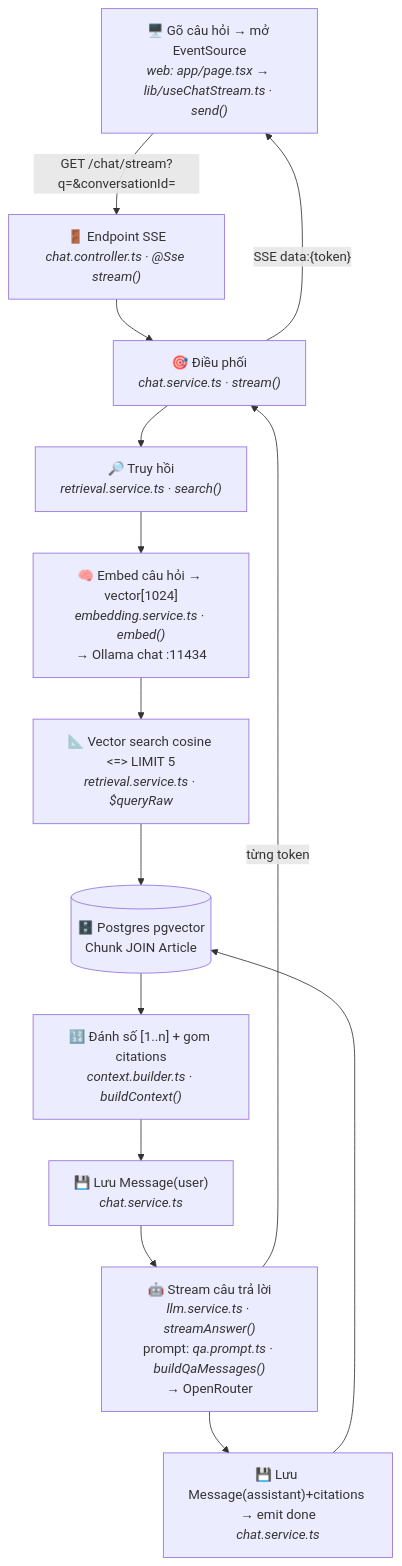
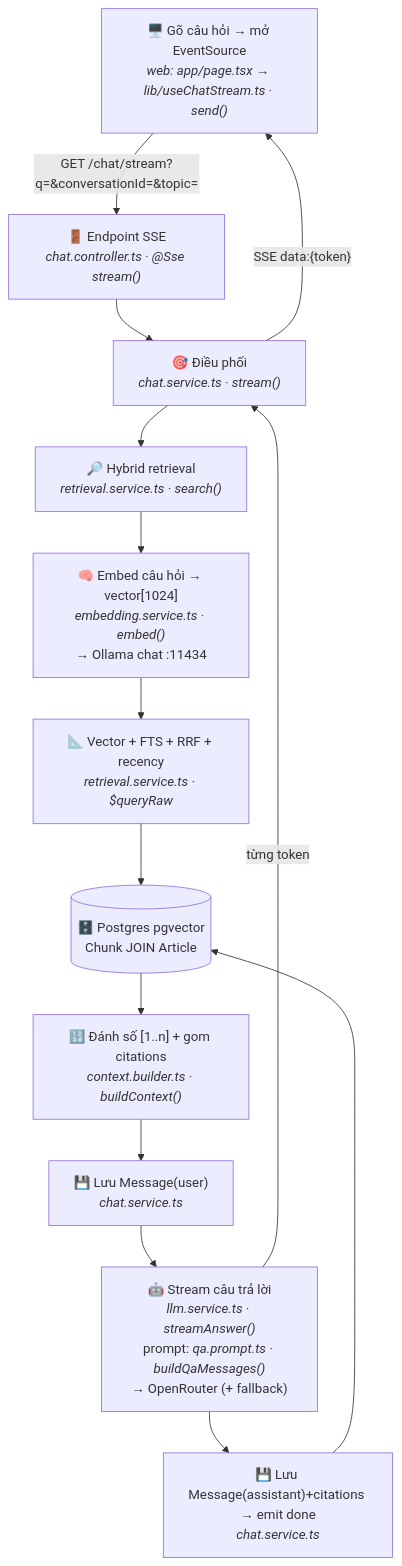
One commit to NguyenDinhNam28803/chat_QA changed the third of 4 diagrams in README.md. Above: the diagram before and after it, drawn with Mermaid. The commit also changed other lines of this file and 36 other files, not shown here.

````diff
--- a/README.md
+++ b/README.md
@@ -132,17 +150,17 @@
 ```mermaid
 flowchart TD
     U["🖥️ Gõ câu hỏi → mở EventSource<br/><i>web: app/page.tsx → lib/useChatStream.ts · send()</i>"]
-    U -- "GET /chat/stream?q=&conversationId=" --> CT["🚪 Endpoint SSE<br/><i>chat.controller.ts · @Sse stream()</i>"]
+    U -- "GET /chat/stream?q=&conversationId=&topic=" --> CT["🚪 Endpoint SSE<br/><i>chat.controller.ts · @Sse stream()</i>"]
     CT --> CS["🎯 Điều phối<br/><i>chat.service.ts · stream()</i>"]
-    CS --> R["🔎 Truy hồi<br/><i>retrieval.service.ts · search()</i>"]
+    CS --> R["🔎 Hybrid retrieval<br/><i>retrieval.service.ts · search()</i>"]
     R --> EMB["🧠 Embed câu hỏi → vector[1024]<br/><i>embedding.service.ts · embed()</i><br/>→ Ollama chat :11434"]
-    EMB --> VS["📐 Vector search cosine &lt;=&gt; LIMIT 5<br/><i>retrieval.service.ts · $queryRaw</i>"]
+    EMB --> VS["📐 Vector + FTS + RRF + recency<br/><i>retrieval.service.ts · $queryRaw</i>"]
     VS --> DB[("🗄️ Postgres pgvector<br/>Chunk JOIN Article")]
     DB --> BC["🔢 Đánh số [1..n] + gom citations<br/><i>context.builder.ts · buildContext()</i>"]
     BC --> SAVE1["💾 Lưu Message(user)<br/><i>chat.service.ts</i>"]
-    SAVE1 --> LLM["🤖 Stream câu trả lời<br/><i>llm.service.ts · streamAnswer()</i><br/>prompt: <i>qa.prompt.ts · buildQaMessages()</i><br/>→ OpenRouter"]
+    SAVE1 --> LLM["🤖 Stream câu trả lời<br/><i>llm.service.ts · streamAnswer()</i><br/>prompt: <i>qa.prompt.ts · buildQaMessages()</i><br/>→ OpenRouter (+ fallback)"]
     LLM -- "từng token" --> CS
     CS -- "SSE data:{token}" --> U
     LLM --> SAVE2["💾 Lưu Message(assistant)+citations → emit done<br/><i>chat.service.ts</i>"]
     SAVE2 --> DB
 ```
````
